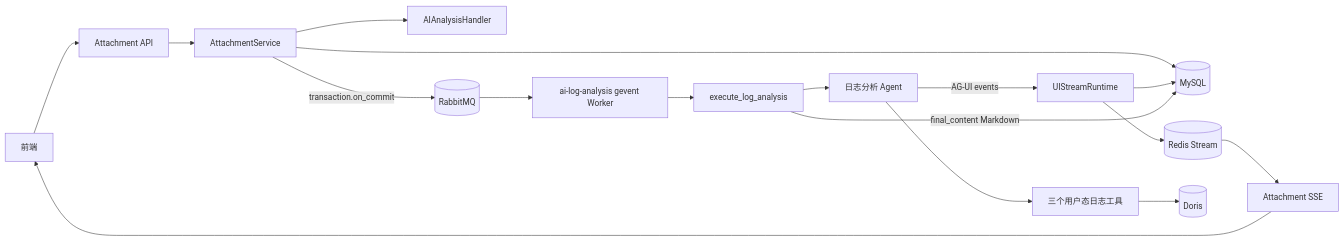
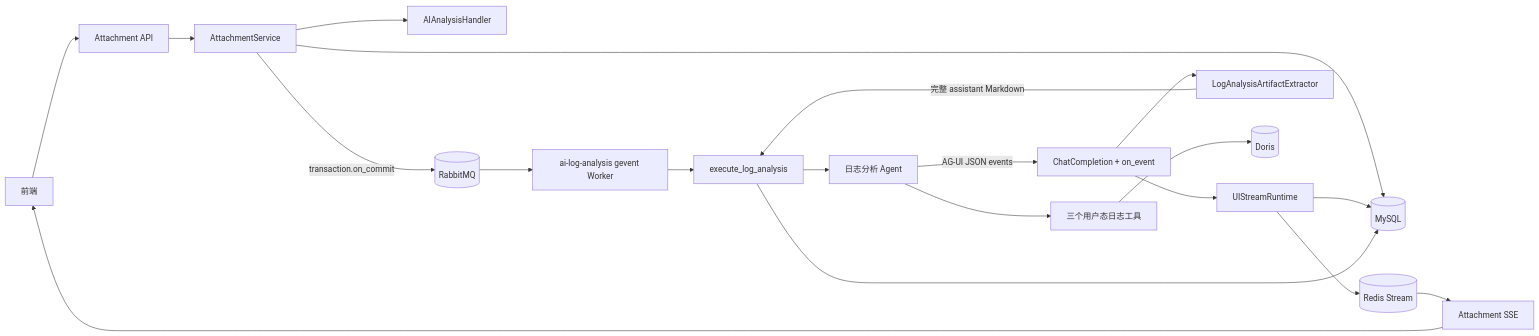
Before and after one commit to TencentBlueKing/bk-audit: the first of 2 diagrams in src/backend/services/web/ai_assistant/docs/log_analysis.md, drawn with Mermaid. The commit also changed other lines of this file and 61 other files, not shown here.

````diff
--- a/src/backend/services/web/ai_assistant/docs/log_analysis.md
+++ b/src/backend/services/web/ai_assistant/docs/log_analysis.md
@@ -9,19 +9,22 @@
 ```mermaid
 flowchart LR
     FE[前端] --> API[Attachment API]
     API --> SVC[AttachmentService]
     SVC --> HANDLER[AIAnalysisHandler]
     SVC --> DB[(MySQL)]
     SVC -->|transaction.on_commit| MQ[(RabbitMQ)]
     MQ --> WORKER[ai-log-analysis gevent Worker]
     WORKER --> TASK[execute_log_analysis]
     TASK --> AGENT[日志分析 Agent]
-    AGENT -->|AG-UI events| RUNTIME[UIStreamRuntime]
+    AGENT -->|AG-UI JSON events| RELAY[ChatCompletion + on_event]
+    RELAY --> RUNTIME[UIStreamRuntime]
+    RELAY --> EXTRACTOR[LogAnalysisArtifactExtractor]
     RUNTIME --> REDIS[(Redis Stream)]
     RUNTIME --> DB
     REDIS --> SSE[Attachment SSE]
     SSE --> FE
-    TASK -->|final_content Markdown| DB
+    EXTRACTOR -->|完整 assistant Markdown| TASK
+    TASK --> DB
     AGENT --> TOOLS[三个用户态日志工具]
     TOOLS --> DORIS[(Doris)]
 ```
````
